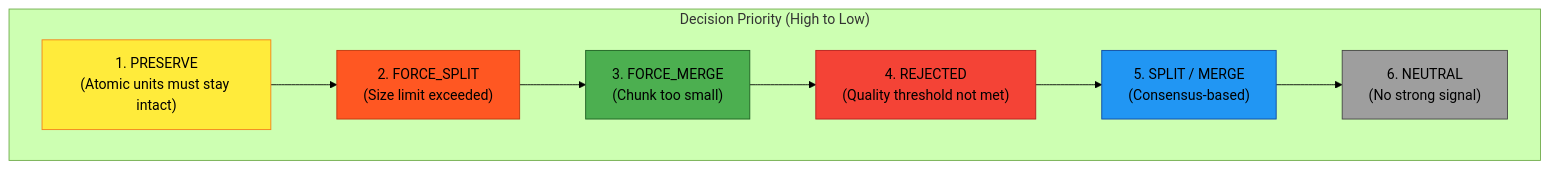
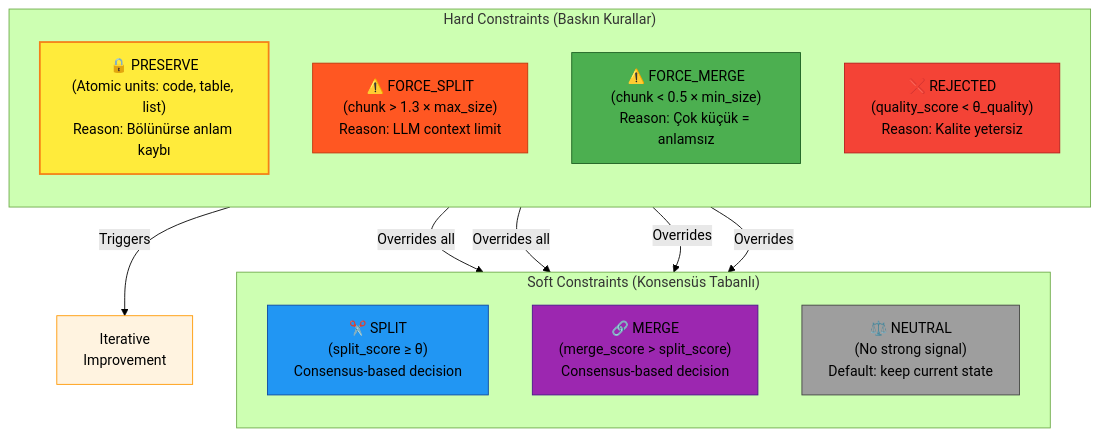
Before and after one commit to EngindalgaMaku/ebars: the second of 2 diagrams in diagrams/03_consensus_mechanism.md, drawn with Mermaid (forest theme). The commit also changed other lines of this file and 899 other files, not shown here.

````diff
--- a/diagrams/03_consensus_mechanism.md
+++ b/diagrams/03_consensus_mechanism.md
@@ -53,20 +55,32 @@
 ```mermaid
 graph TD
-    subgraph Priority["Decision Priority (High to Low)"]
-        P1["1. PRESERVE\n(Atomic units must stay intact)"]
-        P2["2. FORCE_SPLIT\n(Size limit exceeded)"]
-        P3["3. FORCE_MERGE\n(Chunk too small)"]
-        P4["4. REJECTED\n(Quality threshold not met)"]
-        P5["5. SPLIT / MERGE\n(Consensus-based)"]
-        P6["6. NEUTRAL\n(No strong signal)"]
+    subgraph HardConstraints["Hard Constraints (Baskın Kurallar)"]
+        direction TB
+        H1["🔒 PRESERVE\n(Atomic units: code, table, list)\nReason: Bölünürse anlam kaybı"]
+        H2["⚠️ FORCE_SPLIT\n(chunk > 1.3 × max_size)\nReason: LLM context limit"]
+        H3["⚠️ FORCE_MERGE\n(chunk < 0.5 × min_size)\nReason: Çok küçük = anlamsız"]
+        H4["❌ REJECTED\n(quality_score < θ_quality)\nReason: Kalite yetersiz"]
     end
     
-    P1 --> P2 --> P3 --> P4 --> P5 --> P6
+    subgraph SoftConstraints["Soft Constraints (Konsensüs Tabanlı)"]
+        direction TB
+        S1["✂️ SPLIT\n(split_score ≥ θ)\nConsensus-based decision"]
+        S2["🔗 MERGE\n(merge_score > split_score)\nConsensus-based decision"]
+        S3["⚖️ NEUTRAL\n(No strong signal)\nDefault: keep current state"]
+    end
     
-    style P1 fill:#ffeb3b,stroke:#f57f17
-    style P2 fill:#ff5722,stroke:#bf360c
-    style P3 fill:#4caf50,stroke:#1b5e20
-    style P4 fill:#f44336,stroke:#b71c1c
-    style P5 fill:#2196f3,stroke:#0d47a1
-    style P6 fill:#9e9e9e,stroke:#424242
+    H1 -->|"Overrides all"| S1
+    H1 -->|"Overrides all"| S2
+    H2 -->|"Overrides"| S2
+    H3 -->|"Overrides"| S1
+    H4 -->|"Triggers"| IMPROVE["Iterative\nImprovement"]
+    
+    style H1 fill:#ffeb3b,stroke:#f57f17,stroke-width:2px
+    style H2 fill:#ff5722,stroke:#bf360c
+    style H3 fill:#4caf50,stroke:#1b5e20
+    style H4 fill:#f44336,stroke:#b71c1c
+    style S1 fill:#2196f3,stroke:#0d47a1
+    style S2 fill:#9c27b0,stroke:#4a148c
+    style S3 fill:#9e9e9e,stroke:#424242
+    style IMPROVE fill:#fff3e0,stroke:#ff9800
 ```
````
